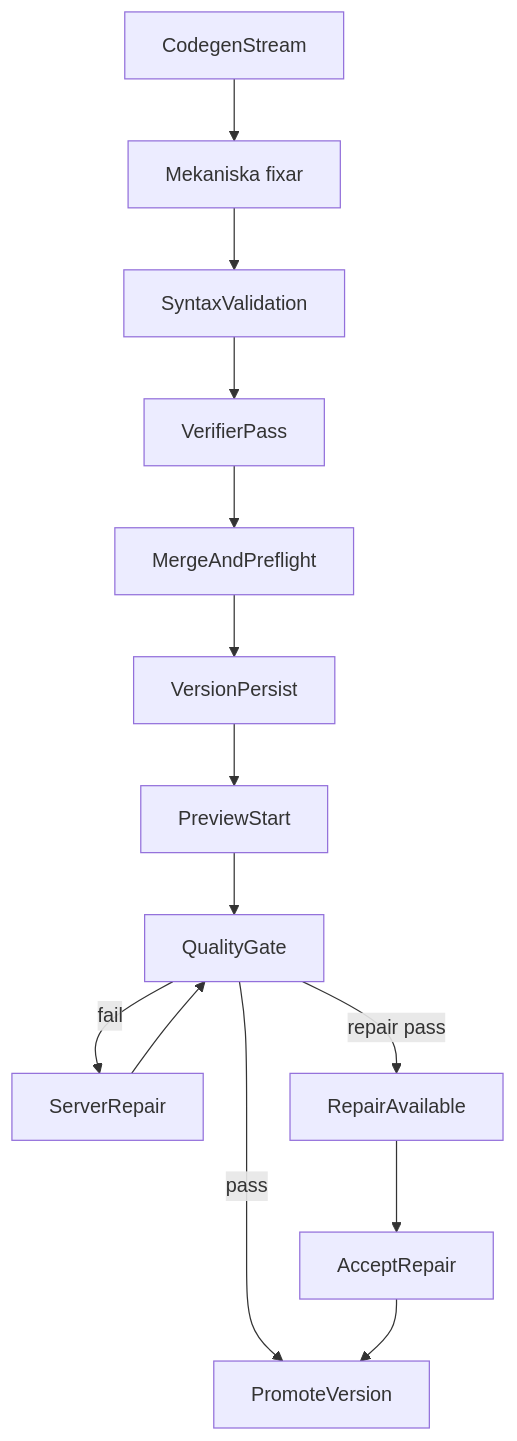
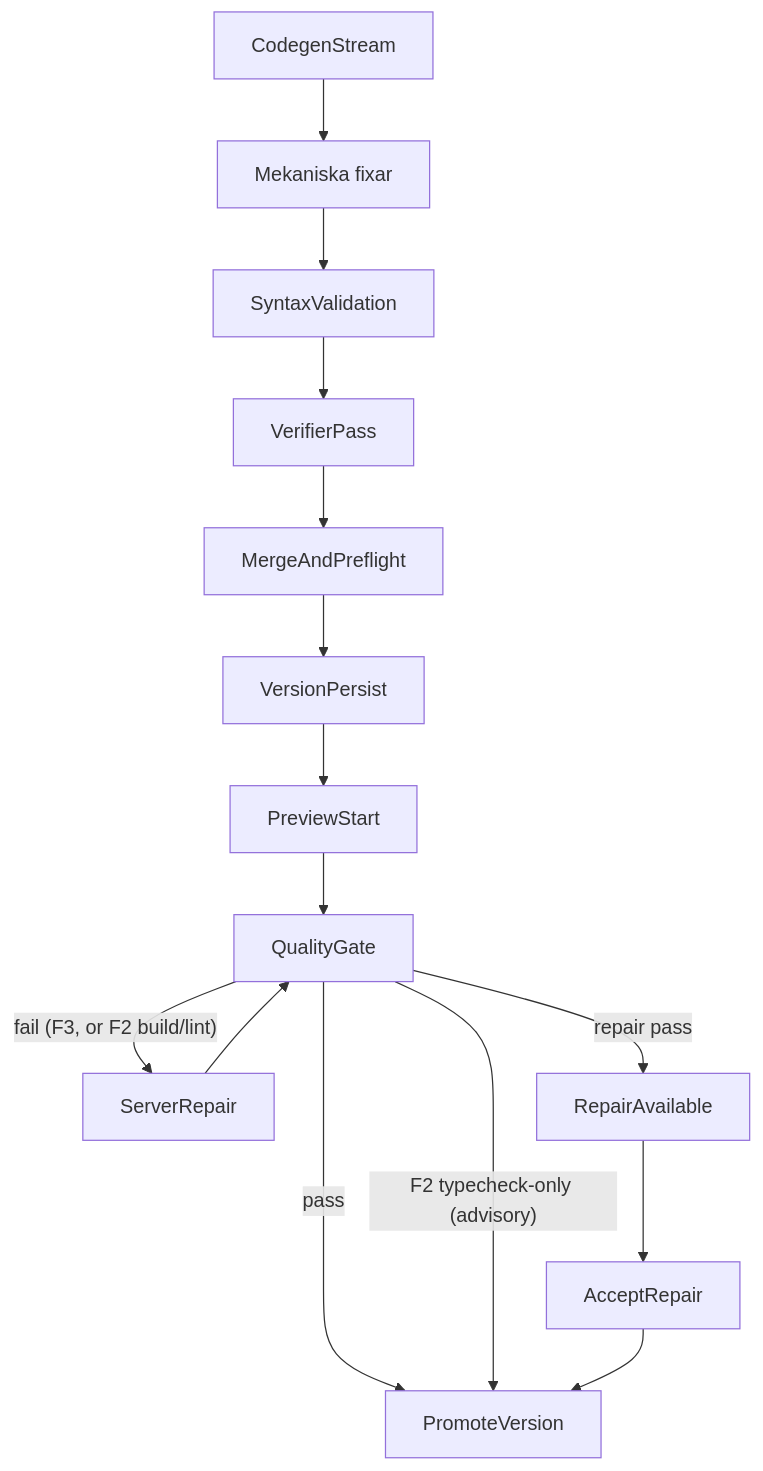
One commit to Jakeminator123/sajtmaskin changed the diagram in docs/schemas/quality-gate.md. Above: the diagram before and after it, drawn with Mermaid. The commit also changed other lines of this file and 21 other files, not shown here.

````diff
--- a/docs/schemas/quality-gate.md
+++ b/docs/schemas/quality-gate.md
@@ -287,16 +314,17 @@
 ```mermaid
 flowchart TD
     codegen[CodegenStream] --> mechfix["Mekaniska fixar"]
     mechfix --> syntax[SyntaxValidation]
     syntax --> verifier[VerifierPass]
     verifier --> preflight[MergeAndPreflight]
     preflight --> persist[VersionPersist]
     persist --> preview[PreviewStart]
     preview --> qualityGate[QualityGate]
     qualityGate -->|pass| promoted[PromoteVersion]
-    qualityGate -->|fail| repair[ServerRepair]
+    qualityGate -->|"F2 typecheck-only (advisory)"| promoted
+    qualityGate -->|"fail (F3, or F2 build/lint)"| repair[ServerRepair]
     repair --> qualityGate
     qualityGate -->|repair pass| repairAvailable[RepairAvailable]
     repairAvailable --> acceptRepair[AcceptRepair]
     acceptRepair --> promoted
 ```
````
